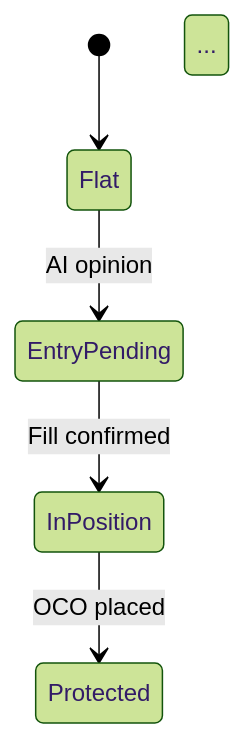
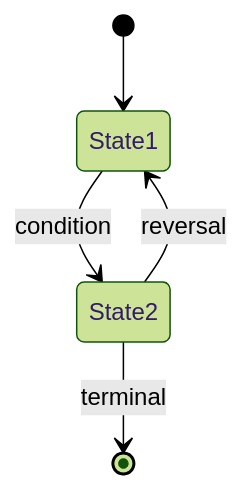
The third of 4 diagrams in .claude/skills/update-readme/SKILL.md (jiangyang5157/binary-star), drawn with Mermaid (forest theme) before and after one commit. The commit also changed other lines of this file and 1 other file, not shown here.

First line of the commit message:
refactor: optimize update-readme skill for conciseness and diagram quality

````diff
--- a/.claude/skills/update-readme/SKILL.md
+++ b/.claude/skills/update-readme/SKILL.md
@@ -170,8 +167,7 @@
 ```mermaid
 stateDiagram-v2
-    [*] --> Flat
-    Flat --> EntryPending: AI opinion
-    EntryPending --> InPosition: Fill confirmed
-    InPosition --> Protected: OCO placed
-    ...
+    [*] --> State1
+    State1 --> State2: condition
+    State2 --> State1: reversal
+    State2 --> [*]: terminal
 ```
````
